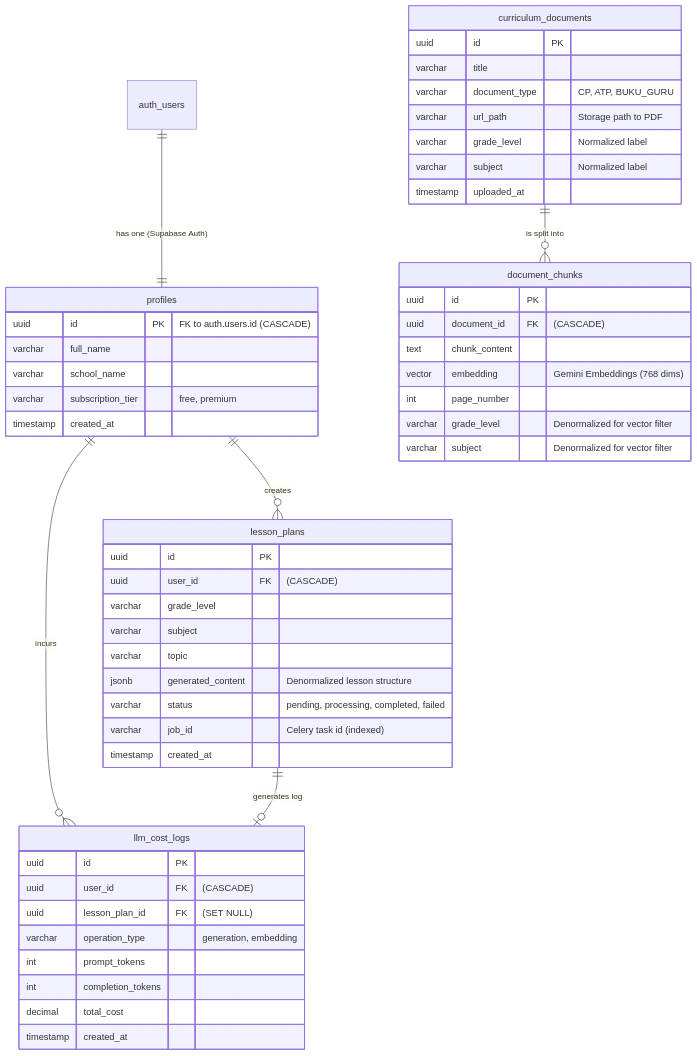
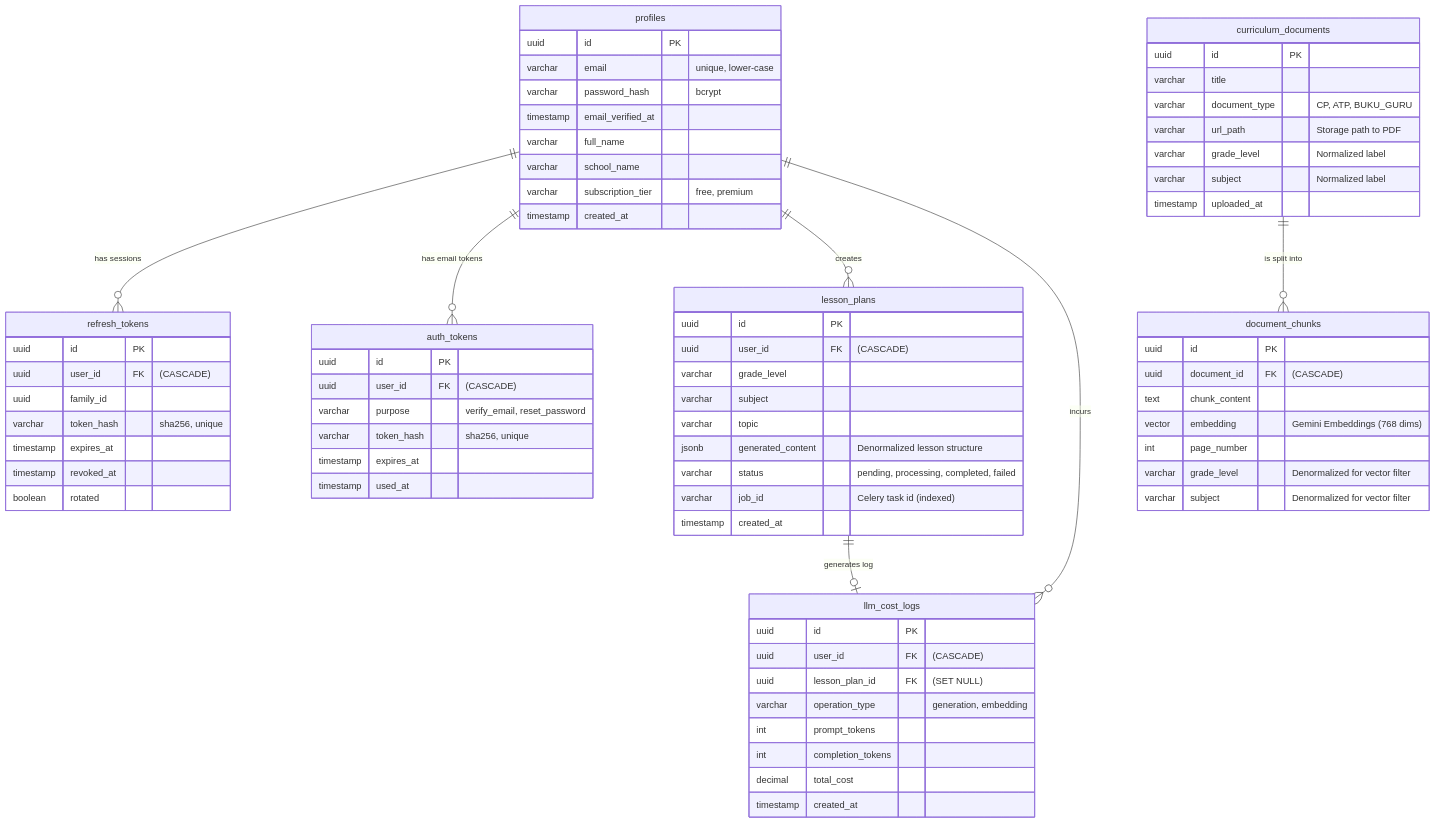
One commit to ahmadammarm/sarpebe changed the diagram in sarpebe-backend/docs/DATABASE.md. Above: the diagram before and after it, drawn with Mermaid. The commit also changed other lines of this file and 4 other files, not shown here.

````diff
--- a/sarpebe-backend/docs/DATABASE.md
+++ b/sarpebe-backend/docs/DATABASE.md
@@ -7,6 +7,7 @@
 ```mermaid
 erDiagram
-    auth_users ||--|| profiles : "has one (Supabase Auth)"
+    profiles ||--o{ refresh_tokens : "has sessions"
+    profiles ||--o{ auth_tokens : "has email tokens"
     profiles ||--o{ lesson_plans : "creates"
     profiles ||--o{ llm_cost_logs : "incurs"
     
@@ -15,7 +16,10 @@
     lesson_plans ||--o| llm_cost_logs : "generates log"
 
     profiles {
-        uuid id PK "FK to auth.users.id (CASCADE)"
+        uuid id PK
+        varchar email "unique, lower-case"
+        varchar password_hash "bcrypt"
+        timestamp email_verified_at
         varchar full_name
         varchar school_name
         varchar subscription_tier "free, premium"
@@ -42,6 +46,25 @@
         varchar subject "Denormalized for vector filter"
     }
 
+    refresh_tokens {
+        uuid id PK
+        uuid user_id FK "(CASCADE)"
+        uuid family_id
+        varchar token_hash "sha256, unique"
+        timestamp expires_at
+        timestamp revoked_at
+        boolean rotated
+    }
+
+    auth_tokens {
+        uuid id PK
+        uuid user_id FK "(CASCADE)"
+        varchar purpose "verify_email, reset_password"
+        varchar token_hash "sha256, unique"
+        timestamp expires_at
+        timestamp used_at
+    }
+
     lesson_plans {
         uuid id PK
         uuid user_id FK "(CASCADE)"
````
